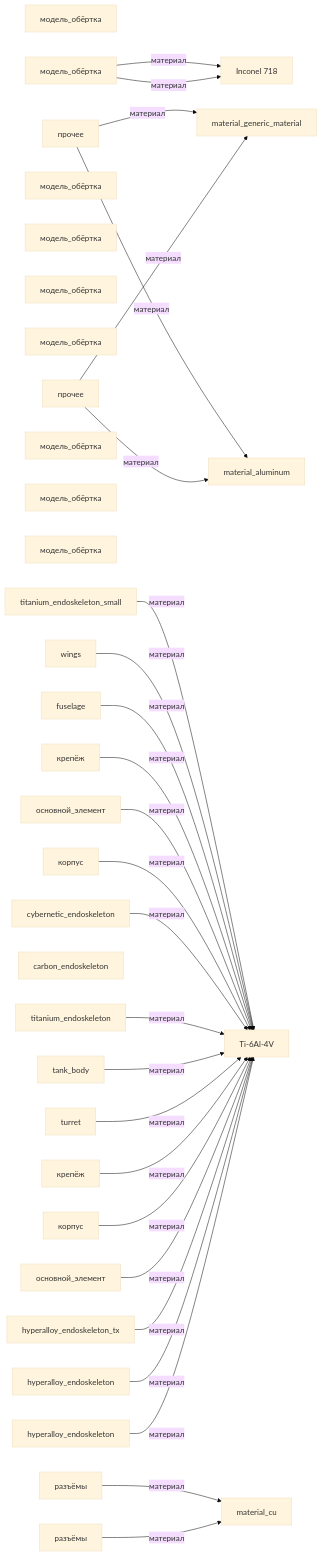
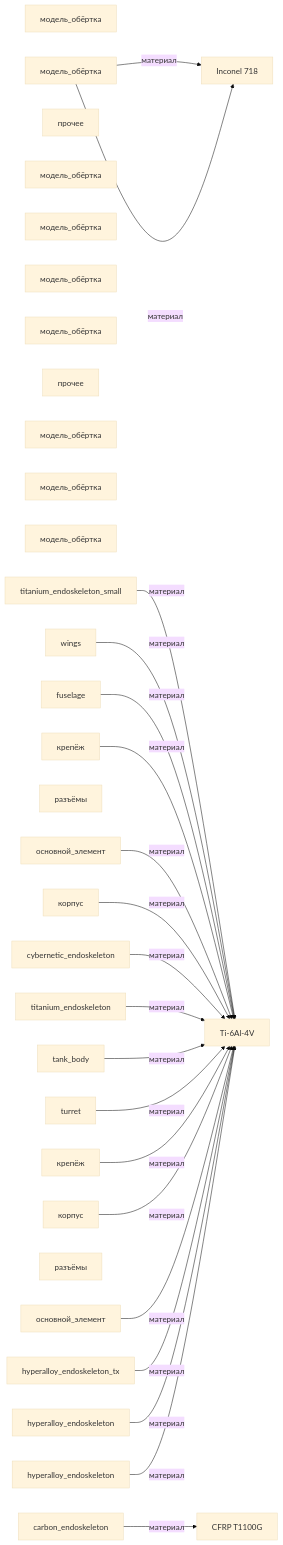
One commit to a-m-e-n-t-e-t/SkyNet changed the diagram in graphs/mermaid/graph1_каркас.md. Above: the diagram before and after it, drawn with Mermaid (base theme). The commit also changed other lines of this file and 193 other files, not shown here.

First line of the commit message:
fix(graphs): uses_material матчинг, researched_by для изделий, dangling-фильтр, YAML-фиксы

````diff
--- a/graphs/mermaid/graph1_каркас.md
+++ b/graphs/mermaid/graph1_каркас.md
@@ -3,59 +3,55 @@
 ```mermaid
 graph LR
     izdelie_SkyNet_Cameron[модель_обёртка]
     izdelie_SkyNet_HKAerial[модель_обёртка]
     izdelie_reshetchatyi_karkas[прочее]
     izdelie_SkyNet_Rev9[модель_обёртка]
     izdelie_SkyNet_MarcusWright[модель_обёртка]
     izdelie_SkyNet_T600[модель_обёртка]
     izdelie_SkyNet_HKTank[модель_обёртка]
     izdelie_kompensatory[прочее]
     izdelie_SkyNet_TX[модель_обёртка]
     izdelie_SkyNet_T800[модель_обёртка]
     izdelie_SkyNet_T850[модель_обёртка]
     часть_cameron_эндоскелет[titanium_endoskeleton_small]
     часть_hk_aerial_крылья[wings]
     часть_hk_aerial_фюзеляж[fuselage]
     часть_reshetchatyi_karkas_mounting[крепёж]
     часть_reshetchatyi_karkas_connectors[разъёмы]
     часть_reshetchatyi_karkas_core[основной_элемент]
     часть_reshetchatyi_karkas_housing[корпус]
     часть_rev9_endoskeleton[carbon_endoskeleton]
     часть_marcus_эндоскелет[cybernetic_endoskeleton]
     часть_t600_эндоскелет[titanium_endoskeleton]
     часть_hk_tank_корпус[tank_body]
     часть_hk_tank_башня[turret]
     часть_kompensatory_mounting[крепёж]
     часть_kompensatory_connectors[разъёмы]
     часть_kompensatory_housing[корпус]
     часть_kompensatory_core[основной_элемент]
     часть_t_x_эндоскелет[hyperalloy_endoskeleton_tx]
     часть_t800_эндоскелет_торс[hyperalloy_endoskeleton]
     часть_t850_эндоскелет[hyperalloy_endoskeleton]
+    material_cfrp_t1100g[CFRP T1100G]
+    material_inconel_718[Inconel 718]
     material_ti_6al_4v[Ti-6Al-4V]
-    material_inconel_718[Inconel 718]
     izdelie_SkyNet_HKAerial -->|материал| material_inconel_718
     izdelie_SkyNet_HKAerial -->|материал| material_inconel_718
-    izdelie_reshetchatyi_karkas -->|материал| material_generic_material
-    izdelie_reshetchatyi_karkas -->|материал| material_aluminum
-    izdelie_kompensatory -->|материал| material_generic_material
-    izdelie_kompensatory -->|материал| material_aluminum
     часть_cameron_эндоскелет -->|материал| material_ti_6al_4v
     часть_hk_aerial_крылья -->|материал| material_ti_6al_4v
     часть_hk_aerial_фюзеляж -->|материал| material_ti_6al_4v
     часть_reshetchatyi_karkas_mounting -->|материал| material_ti_6al_4v
-    часть_reshetchatyi_karkas_connectors -->|материал| material_cu
     часть_reshetchatyi_karkas_core -->|материал| material_ti_6al_4v
     часть_reshetchatyi_karkas_housing -->|материал| material_ti_6al_4v
+    часть_rev9_endoskeleton -->|материал| material_cfrp_t1100g
     часть_marcus_эндоскелет -->|материал| material_ti_6al_4v
     часть_t600_эндоскелет -->|материал| material_ti_6al_4v
     часть_hk_tank_корпус -->|материал| material_ti_6al_4v
     часть_hk_tank_башня -->|материал| material_ti_6al_4v
     часть_kompensatory_mounting -->|материал| material_ti_6al_4v
-    часть_kompensatory_connectors -->|материал| material_cu
     часть_kompensatory_housing -->|материал| material_ti_6al_4v
     часть_kompensatory_core -->|материал| material_ti_6al_4v
     часть_t_x_эндоскелет -->|материал| material_ti_6al_4v
     часть_t800_эндоскелет_торс -->|материал| material_ti_6al_4v
     часть_t850_эндоскелет -->|материал| material_ti_6al_4v
 ```
````
